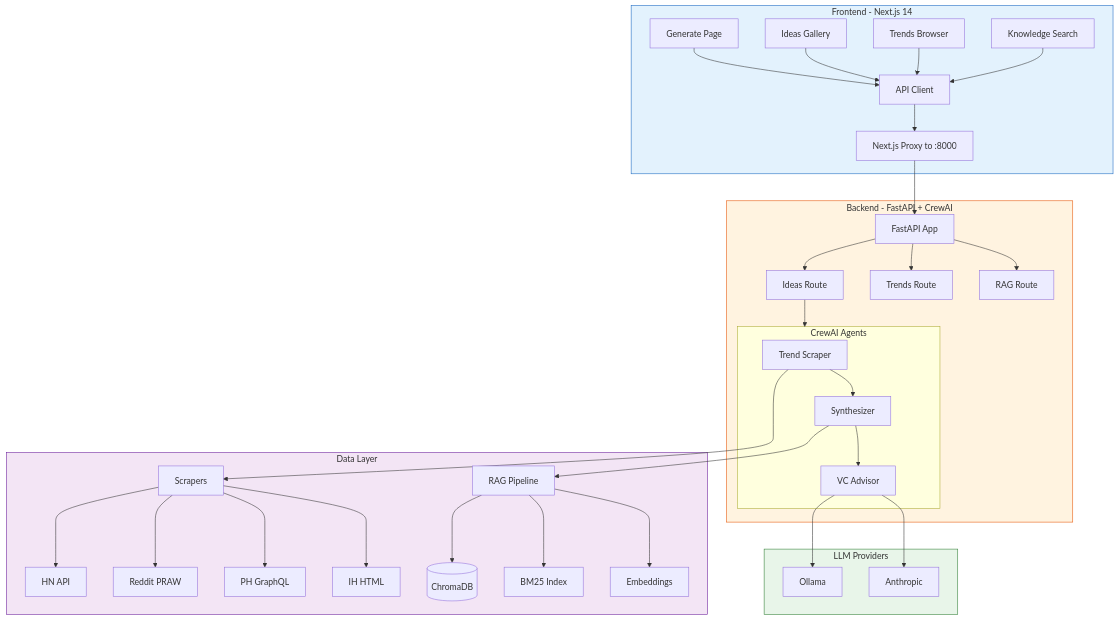
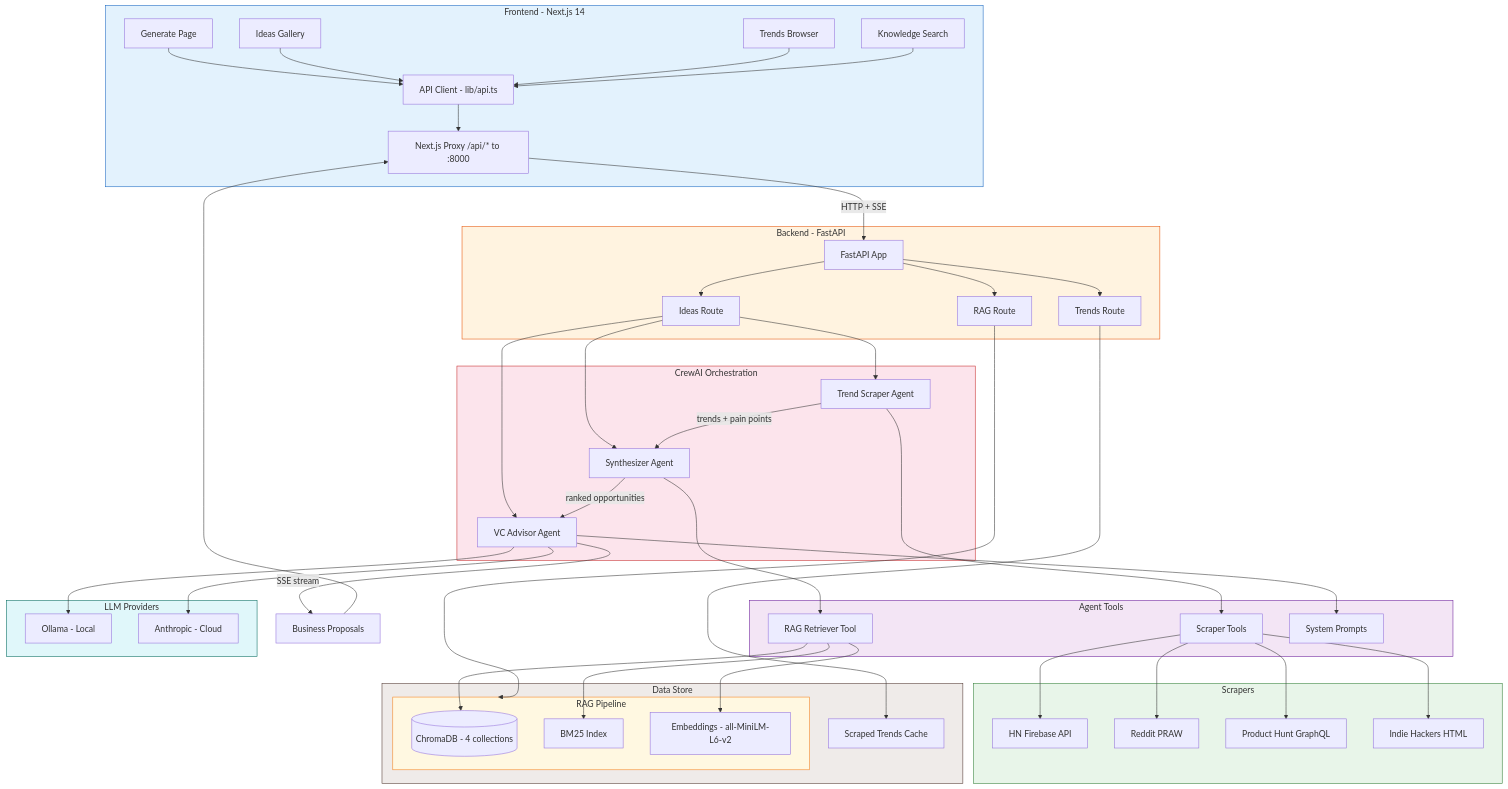
Before and after one commit to soumyachk101/IdeaForge: the third of 8 diagrams in README.md, drawn with Mermaid. The commit also changed other lines of this file, not shown here.

First line of the commit message:
Replace ASCII architecture with 3 Mermaid workflow diagrams

````diff
--- a/README.md
+++ b/README.md
@@ -217,52 +147,70 @@
 ```mermaid
 graph TB
-    subgraph FE["Frontend - Next.js 14"]
+    subgraph FRONTEND["Frontend - Next.js 14"]
         P1["Generate Page"]
         P2["Ideas Gallery"]
         P3["Trends Browser"]
         P4["Knowledge Search"]
-        P1 --> API["API Client"]
+        P1 --> API["API Client - lib/api.ts"]
         P2 --> API
         P3 --> API
         P4 --> API
-        API --> PROXY["Next.js Proxy to :8000"]
+        API --> PROXY["Next.js Proxy /api/* to :8000"]
     end
 
-    subgraph BE["Backend - FastAPI + CrewAI"]
-        PROXY --> FAST["FastAPI App"]
+    subgraph BACKEND["Backend - FastAPI"]
+        PROXY -->|HTTP + SSE| FAST["FastAPI App"]
         FAST --> R1["Ideas Route"]
         FAST --> R2["Trends Route"]
         FAST --> R3["RAG Route"]
-
-        subgraph CREW["CrewAI Agents"]
-            A1["Trend Scraper"]
-            A2["Synthesizer"]
-            A3["VC Advisor"]
-            A1 --> A2 --> A3
-        end
-
-        R1 --> CREW
     end
 
-    subgraph DATA["Data Layer"]
-        A1 --> SC["Scrapers"]
-        A2 --> RAG["RAG Pipeline"]
-        SC --> S1["HN API"]
-        SC --> S2["Reddit PRAW"]
-        SC --> S3["PH GraphQL"]
-        SC --> S4["IH HTML"]
-        RAG --> DB[("ChromaDB")]
-        RAG --> BM["BM25 Index"]
-        RAG --> EM["Embeddings"]
+    subgraph CREW["CrewAI Orchestration"]
+        R1 --> A1["Trend Scraper Agent"]
+        R1 --> A2["Synthesizer Agent"]
+        R1 --> A3["VC Advisor Agent"]
+        A1 -->|trends + pain points| A2
+        A2 -->|ranked opportunities| A3
+    end
+
+    subgraph TOOLS["Agent Tools"]
+        A1 --> T1["Scraper Tools"]
+        A2 --> T2["RAG Retriever Tool"]
+        A3 --> T3["System Prompts"]
+    end
+
+    subgraph SCRAPERS["Scrapers"]
+        T1 --> S1["HN Firebase API"]
+        T1 --> S2["Reddit PRAW"]
+        T1 --> S3["Product Hunt GraphQL"]
+        T1 --> S4["Indie Hackers HTML"]
+    end
+
+    subgraph RAG["RAG Pipeline"]
+        T2 --> DB[("ChromaDB - 4 collections")]
+        T2 --> BM["BM25 Index"]
+        T2 --> EM["Embeddings - all-MiniLM-L6-v2"]
     end
 
     subgraph LLM["LLM Providers"]
-        A3 --> L1["Ollama"]
-        A3 --> L2["Anthropic"]
+        A3 --> L1["Ollama - Local"]
+        A3 --> L2["Anthropic - Cloud"]
     end
 
-    style FE fill:#e3f2fd,stroke:#1565C0
-    style BE fill:#fff3e0,stroke:#E65100
-    style DATA fill:#f3e5f5,stroke:#6A1B9A
-    style LLM fill:#e8f5e9,stroke:#2E7D32
+    subgraph DATASTORE["Data Store"]
+        R2 --> SC["Scraped Trends Cache"]
+        R3 --> RAG
+    end
+
+    A3 -->|SSE stream| OUT["Business Proposals"]
+    OUT --> PROXY
+
+    style FRONTEND fill:#e3f2fd,stroke:#1565C0
+    style BACKEND fill:#fff3e0,stroke:#E65100
+    style CREW fill:#fce4ec,stroke:#c62828
+    style TOOLS fill:#f3e5f5,stroke:#6A1B9A
+    style SCRAPERS fill:#e8f5e9,stroke:#2E7D32
+    style RAG fill:#fff8e1,stroke:#f57f17
+    style LLM fill:#e0f7fa,stroke:#00695c
+    style DATASTORE fill:#efebe9,stroke:#4e342e
 ```
````
